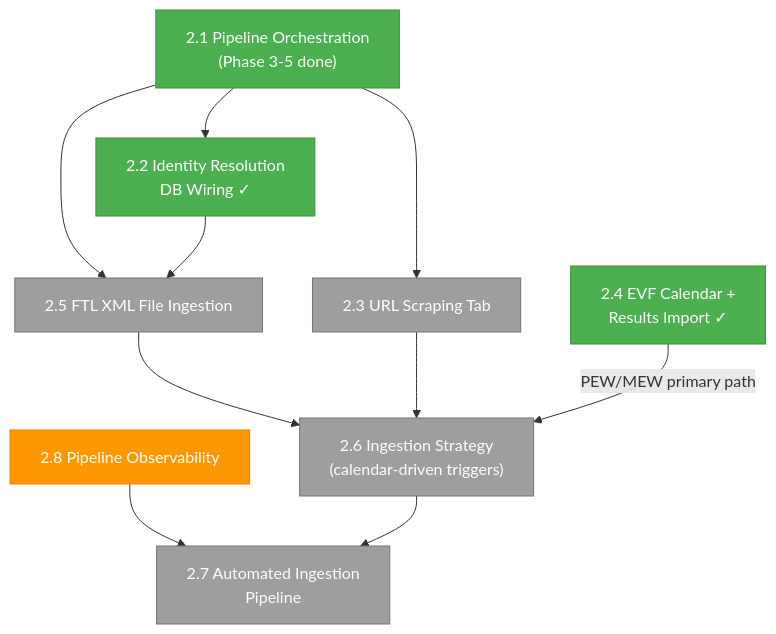
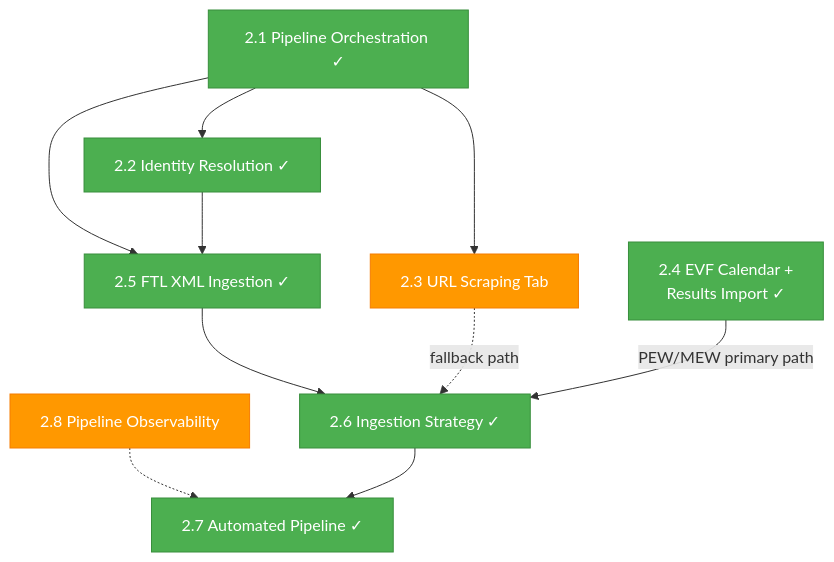
One commit to Fencer4Life/spws-automated-ranklist changed the sixth of 6 diagrams in doc/Go-to-PROD.md. Above: the diagram before and after it, drawn with Mermaid. The commit also changed other lines of this file, not shown here.

````diff
--- a/doc/Go-to-PROD.md
+++ b/doc/Go-to-PROD.md
@@ -333,25 +338,25 @@
 ```mermaid
 flowchart TD
     classDef done fill:#4caf50,color:#fff,stroke:#388e3c
     classDef ready fill:#ff9800,color:#fff,stroke:#f57c00
     classDef blocked fill:#9e9e9e,color:#fff,stroke:#757575
 
-    ORCH["2.1 Pipeline Orchestration\n(Phase 3-5 done)"]:::done
-    IDRES["2.2 Identity Resolution\nDB Wiring ✓"]:::done
-    URL["2.3 URL Scraping Tab"]:::blocked
+    ORCH["2.1 Pipeline Orchestration ✓"]:::done
+    IDRES["2.2 Identity Resolution ✓"]:::done
+    URL["2.3 URL Scraping Tab"]:::ready
     EVF["2.4 EVF Calendar +\nResults Import ✓"]:::done
-    FTL["2.5 FTL XML File Ingestion"]:::blocked
-    STRAT["2.6 Ingestion Strategy\n(calendar-driven triggers)"]:::blocked
-    AUTO["2.7 Automated Ingestion\nPipeline"]:::blocked
+    FTL["2.5 FTL XML Ingestion ✓"]:::done
+    STRAT["2.6 Ingestion Strategy ✓"]:::done
+    AUTO["2.7 Automated Pipeline ✓"]:::done
     OBS["2.8 Pipeline Observability"]:::ready
 
     ORCH --> IDRES
     ORCH --> URL
     ORCH --> FTL
     IDRES --> FTL
     FTL --> STRAT
-    URL --> STRAT
+    URL -.->|"fallback path"| STRAT
     EVF -->|"PEW/MEW primary path"| STRAT
-    OBS --> AUTO
+    OBS -.-> AUTO
     STRAT --> AUTO
 ```
````
